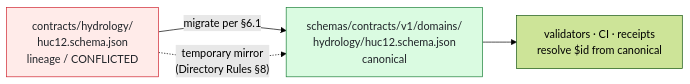
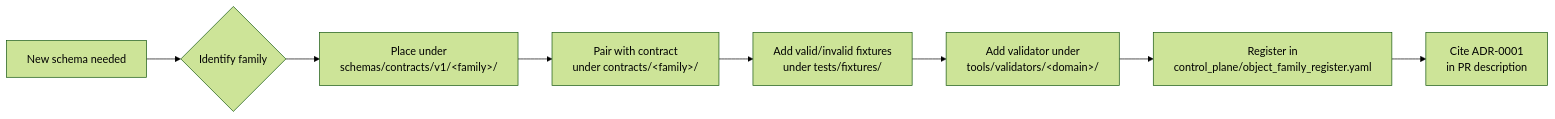
Before and after one commit to bartytime4life/Kansas-Frontier-Matrix: the third of 3 diagrams in docs/adr/ADR-0001-schema-home--schemas-contracts-v1-is-canonical.md, drawn with Mermaid (forest theme). The commit also changed other lines of this file, not shown here.

````diff
--- a/docs/adr/ADR-0001-schema-home--schemas-contracts-v1-is-canonical.md
+++ b/docs/adr/ADR-0001-schema-home--schemas-contracts-v1-is-canonical.md
@@ -390,11 +331,10 @@
 ```mermaid
 flowchart LR
-  A["contracts/hydrology/<br/>huc12.schema.json<br/><span style='color:#cf222e;'>lineage / CONFLICTED</span>"] -->|migrate per §6.1| B["schemas/contracts/v1/domains/<br/>hydrology/huc12.schema.json<br/><span style='color:#1a7f37;'>canonical</span>"]
-  A -.->|"temporary mirror<br/>(Directory Rules §8)"| B
-  B --> C["validators · CI · receipts<br/>resolve $id from canonical"]
-
-  classDef conflicted fill:#ffebe9,stroke:#cf222e,color:#1f2328;
-  classDef canonical  fill:#dafbe1,stroke:#1a7f37,color:#1f2328;
-  class A conflicted;
-  class B canonical;
+    A[New schema needed] --> B{Identify family}
+    B --> C["Place under<br/>schemas/contracts/v1/&lt;family&gt;/"]
+    C --> D["Pair with contract<br/>under contracts/&lt;family&gt;/"]
+    D --> E["Add valid/invalid fixtures<br/>under tests/fixtures/"]
+    E --> F["Add validator under<br/>tools/validators/&lt;domain&gt;/"]
+    F --> G["Register in<br/>control_plane/object_family_register.yaml"]
+    G --> H["Cite ADR-0001<br/>in PR description"]
 ```
````
